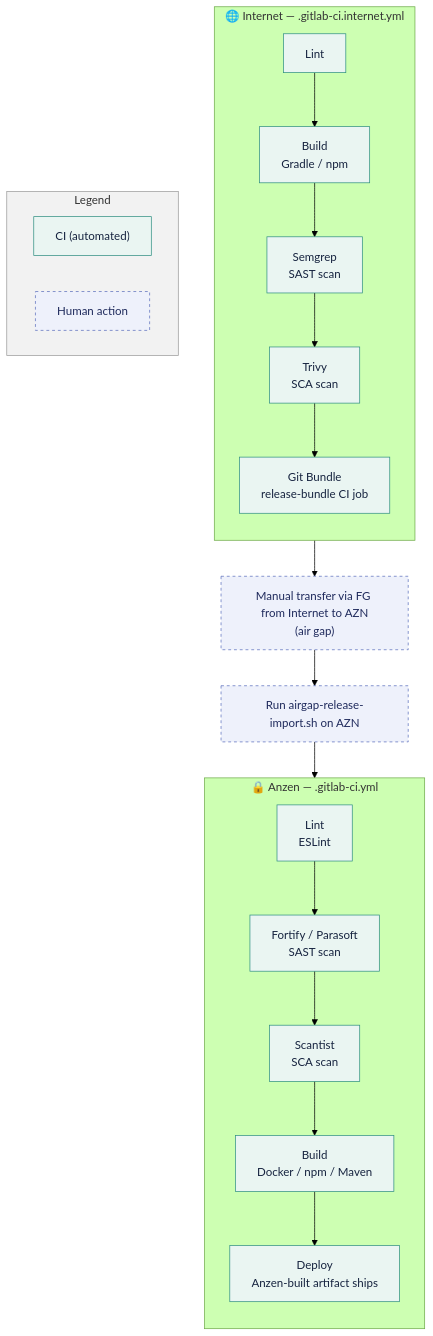
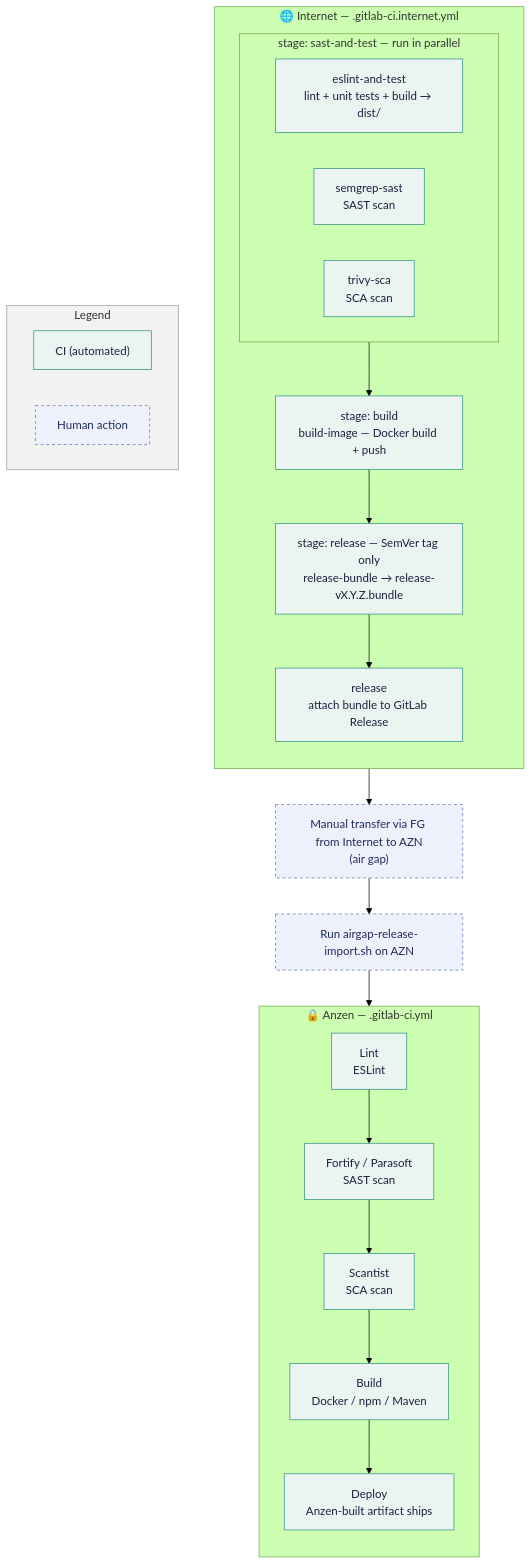
The diagram in README.md (janesenaj42/internet-azn-sync), drawn with Mermaid (forest theme) before and after one commit. The commit also changed other lines of this file, not shown here.

````diff
--- a/README.md
+++ b/README.md
@@ -38,32 +39,37 @@
 ```mermaid
 flowchart TD
     classDef ci fill:#eaf5f2,stroke:#2f8f82,color:#16233f
     classDef human fill:#eef1fb,stroke:#5b6fbd,color:#1f2a5c,stroke-dasharray:4 4
  
     subgraph Internet["🌐 Internet — .gitlab-ci.internet.yml"]
         direction TB
-        I0["Lint"]:::ci --> I1["Build<br/>Gradle / npm"]:::ci
-        I1 --> I2["Semgrep<br/>SAST scan"]:::ci
-        I2 --> I3["Trivy<br/>SCA scan"]:::ci
-        I3 --> I4["Git Bundle<br/>release-bundle CI job"]:::ci
+        subgraph S1["stage: sast-and-test — run in parallel"]
+            direction LR
+            I0["eslint-and-test<br/>lint + unit tests + build → dist/"]:::ci
+            I1["semgrep-sast<br/>SAST scan"]:::ci
+            I2["trivy-sca<br/>SCA scan"]:::ci
+        end
+        S1 --> I3["stage: build<br/>build-image — Docker build + push"]:::ci
+        I3 --> I4["stage: release — SemVer tag only<br/>release-bundle → release-vX.Y.Z.bundle"]:::ci
+        I4 --> I5["release<br/>attach bundle to GitLab Release"]:::ci
     end
  
-    I4 --> H1["Manual transfer via FG from Internet to AZN<br/>(air gap)"]:::human
+    I5 --> H1["Manual transfer via FG from Internet to AZN<br/>(air gap)"]:::human
     H1 --> H2["Run airgap-release-import.sh on AZN"]:::human
     H2 --> A0
  
     subgraph Anzen["🔒 Anzen — .gitlab-ci.yml"]
         direction TB
         A0["Lint<br/>ESLint"]:::ci --> A1["Fortify / Parasoft<br/>SAST scan"]:::ci
         A1 --> A1b["Scantist<br/>SCA scan"]:::ci
         A1b --> A2["Build<br/>Docker / npm / Maven"]:::ci
         A2 --> A3["Deploy<br/>Anzen-built artifact ships"]:::ci
     end
  
     subgraph Legend["Legend"]
         direction LR
         LCI["CI (automated)"]:::ci
         LHuman["Human action"]:::human
     end
     style Legend fill:#f2f2f2,stroke:#9a9a9a,color:#333333
 ```
````
